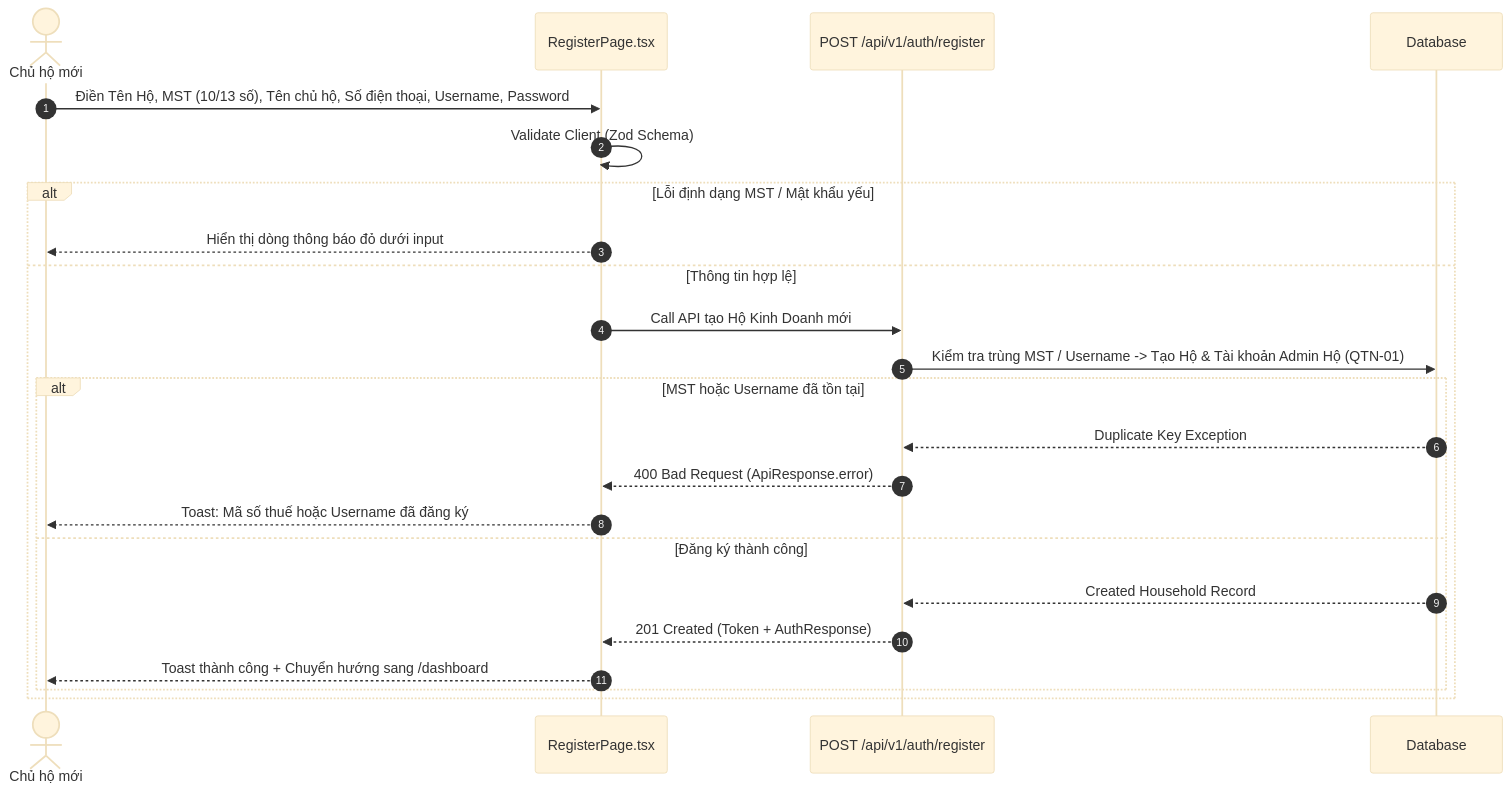
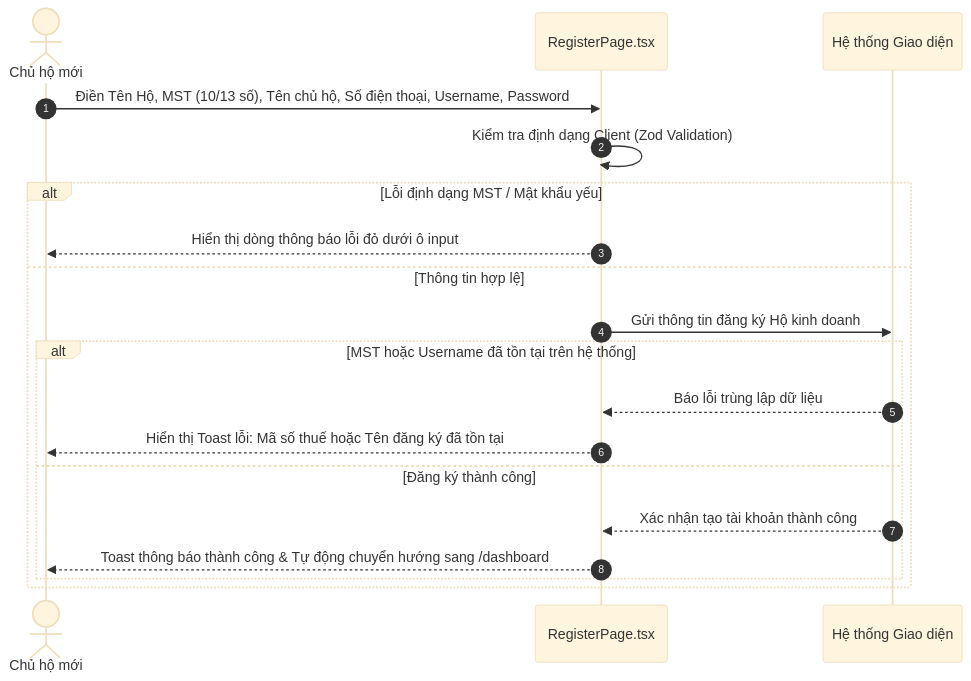
The second of 34 diagrams in architecture/full_screen_activity_flows.md (lean1835/BanHangViet), drawn with Mermaid (base theme) before and after one commit. The commit also changed other lines of this file, not shown here.

Commit message:
refactor(docs): update full_screen_activity_flows to pure UI/UX screen activity flows

````diff
--- a/architecture/full_screen_activity_flows.md
+++ b/architecture/full_screen_activity_flows.md
@@ -87,26 +86,22 @@
 ```mermaid
 sequenceDiagram
     autonumber
     actor User as Chủ hộ mới
     participant UI as RegisterPage.tsx
-    participant AuthAPI as POST /api/v1/auth/register
-    participant DB as Database
+    participant App as Hệ thống Giao diện
 
     User->>UI: Điền Tên Hộ, MST (10/13 số), Tên chủ hộ, Số điện thoại, Username, Password
-    UI->>UI: Validate Client (Zod Schema)
+    UI->>UI: Kiểm tra định dạng Client (Zod Validation)
     alt Lỗi định dạng MST / Mật khẩu yếu
-        UI-->>User: Hiển thị dòng thông báo đỏ dưới input
+        UI-->>User: Hiển thị dòng thông báo lỗi đỏ dưới ô input
     else Thông tin hợp lệ
-        UI->>AuthAPI: Call API tạo Hộ Kinh Doanh mới
-        AuthAPI->>DB: Kiểm tra trùng MST / Username -> Tạo Hộ & Tài khoản Admin Hộ (QTN-01)
-        alt MST hoặc Username đã tồn tại
-            DB-->>AuthAPI: Duplicate Key Exception
-            AuthAPI-->>UI: 400 Bad Request (ApiResponse.error)
-            UI-->>User: Toast: Mã số thuế hoặc Username đã đăng ký
+        UI->>App: Gửi thông tin đăng ký Hộ kinh doanh
+        alt MST hoặc Username đã tồn tại trên hệ thống
+            App-->>UI: Báo lỗi trùng lập dữ liệu
+            UI-->>User: Hiển thị Toast lỗi: Mã số thuế hoặc Tên đăng ký đã tồn tại
         else Đăng ký thành công
-            DB-->>AuthAPI: Created Household Record
-            AuthAPI-->>UI: 201 Created (Token + AuthResponse)
-            UI-->>User: Toast thành công + Chuyển hướng sang /dashboard
+            App-->>UI: Xác nhận tạo tài khoản thành công
+            UI-->>User: Toast thông báo thành công & Tự động chuyển hướng sang /dashboard
         end
     end
 ```
````
